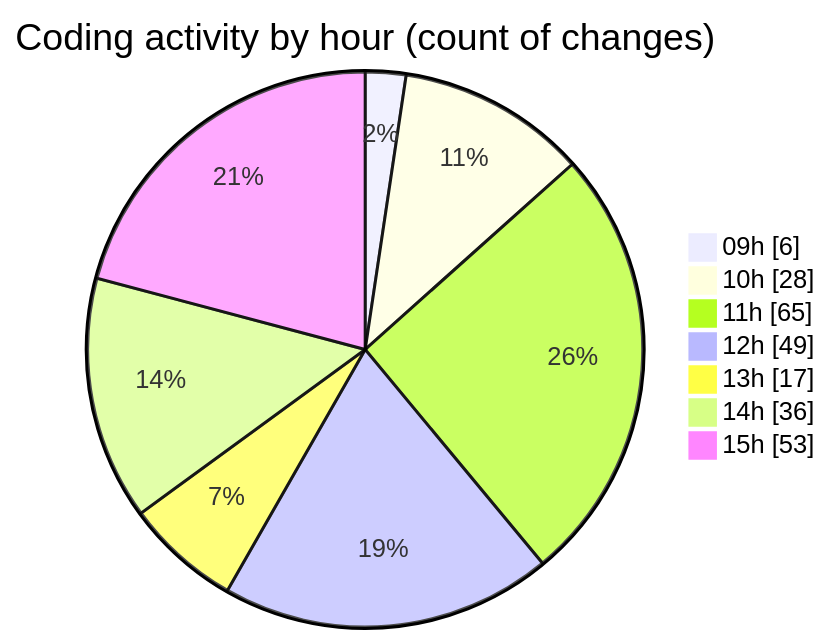
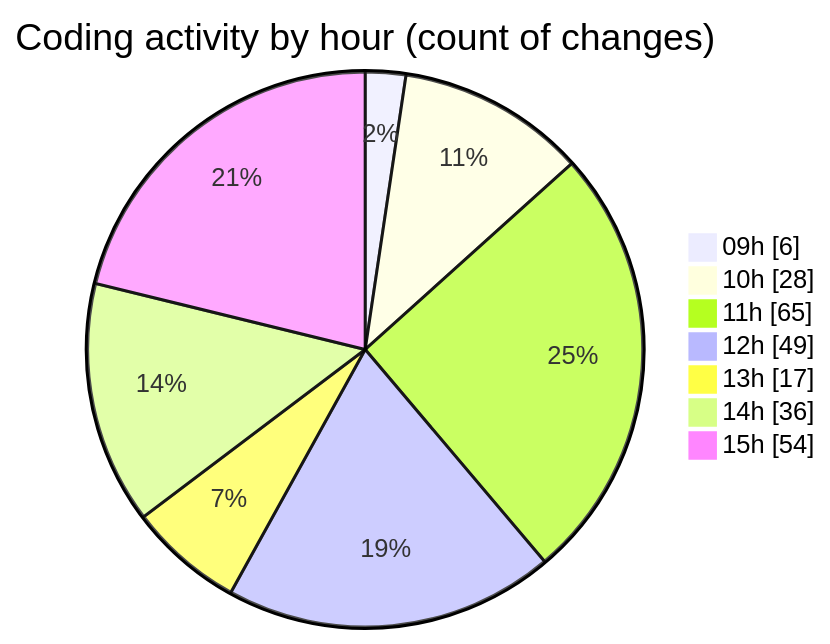
The second of 2 diagrams in 2025-03-27/cda/README.md (momahboobian/code-tracking), drawn with Mermaid before and after one commit. The commit also changed other lines of this file and 1 other file, not shown here.

````diff
--- a/2025-03-27/cda/README.md
+++ b/2025-03-27/cda/README.md
@@ -31,11 +31,11 @@
 ```mermaid
 pie showData
 title Coding activity by hour (count of changes)
 "09h" : 6
 "10h" : 28
 "11h" : 65
 "12h" : 49
 "13h" : 17
 "14h" : 36
-"15h" : 53
+"15h" : 54
 ```
````
